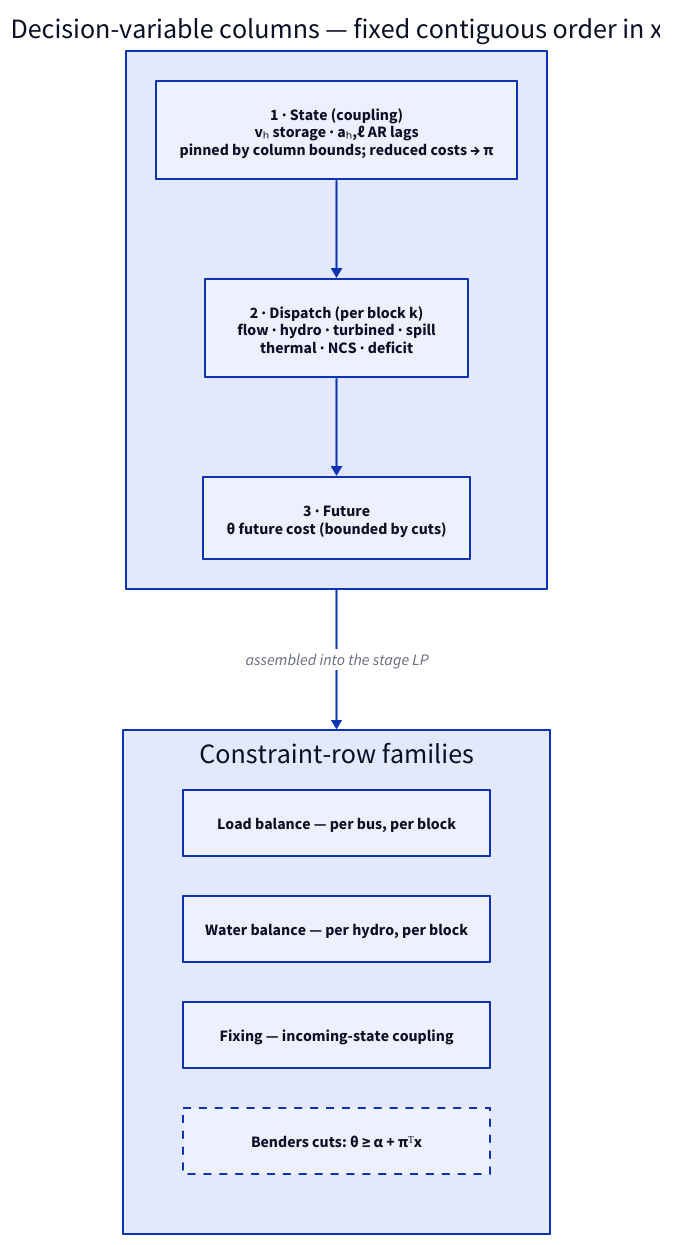
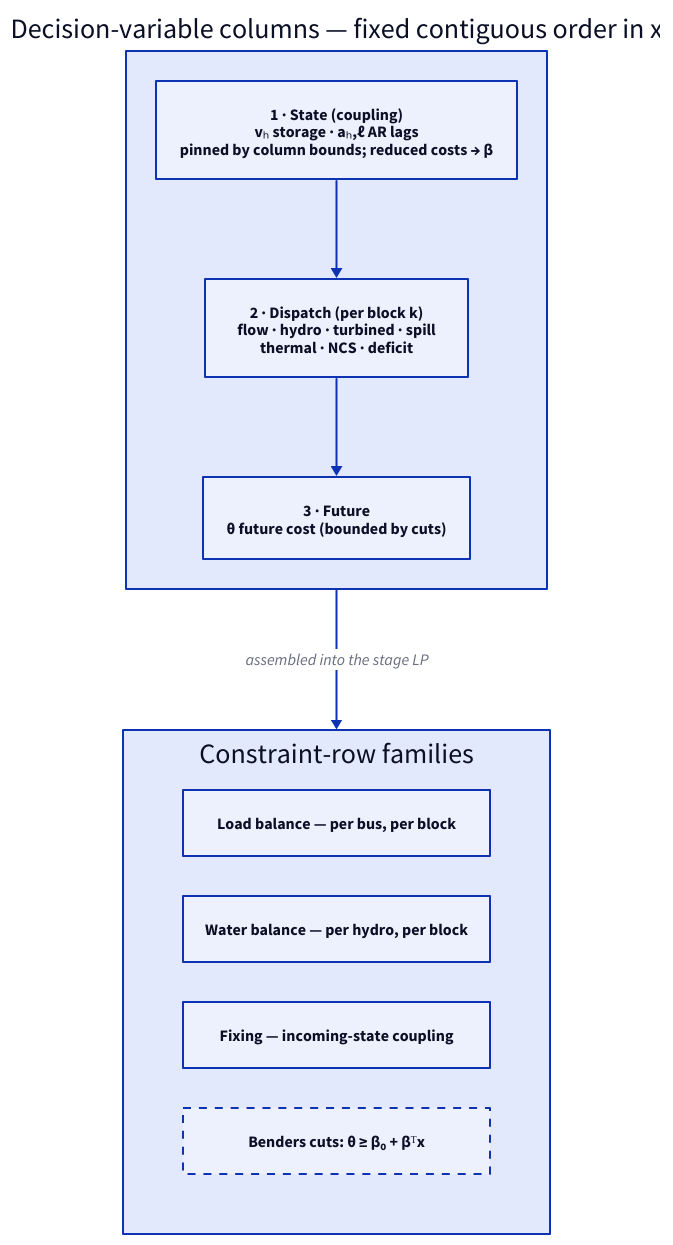
One commit to cobre-rs/cobre-docs changed the diagram in src/content/docs/math/lp-formulation.md. Above: the diagram before and after it, drawn with D2. The commit also changed other lines of this file and 33 other files, not shown here.

````diff
--- a/src/content/docs/math/lp-formulation.md
+++ b/src/content/docs/math/lp-formulation.md
@@ -256,20 +256,20 @@
 ```d2
 direction: down
 
 columns: "Decision-variable columns — fixed contiguous order in x" {
-  state: "1 · State (coupling)\nvₕ storage · aₕ,ℓ AR lags\npinned by column bounds; reduced costs → π"
+  state: "1 · State (coupling)\nvₕ storage · aₕ,ℓ AR lags\npinned by column bounds; reduced costs → β"
   dispatch: "2 · Dispatch (per block k)\nflow · hydro · turbined · spill\nthermal · NCS · deficit"
   future: "3 · Future\nθ future cost (bounded by cuts)"
   state -> dispatch -> future
 }
 
 rows: "Constraint-row families" {
   grid-columns: 1
   lb: "Load balance — per bus, per block"
   wb: "Water balance — per hydro, per block"
   fix: "Fixing — incoming-state coupling"
-  cut: "Benders cuts:  θ ≥ α + πᵀx" {style.stroke-dash: 4}
+  cut: "Benders cuts:  θ ≥ β₀ + βᵀx" {style.stroke-dash: 4}
 }
 
 columns -> rows: "assembled into the stage LP"
 ```
````
